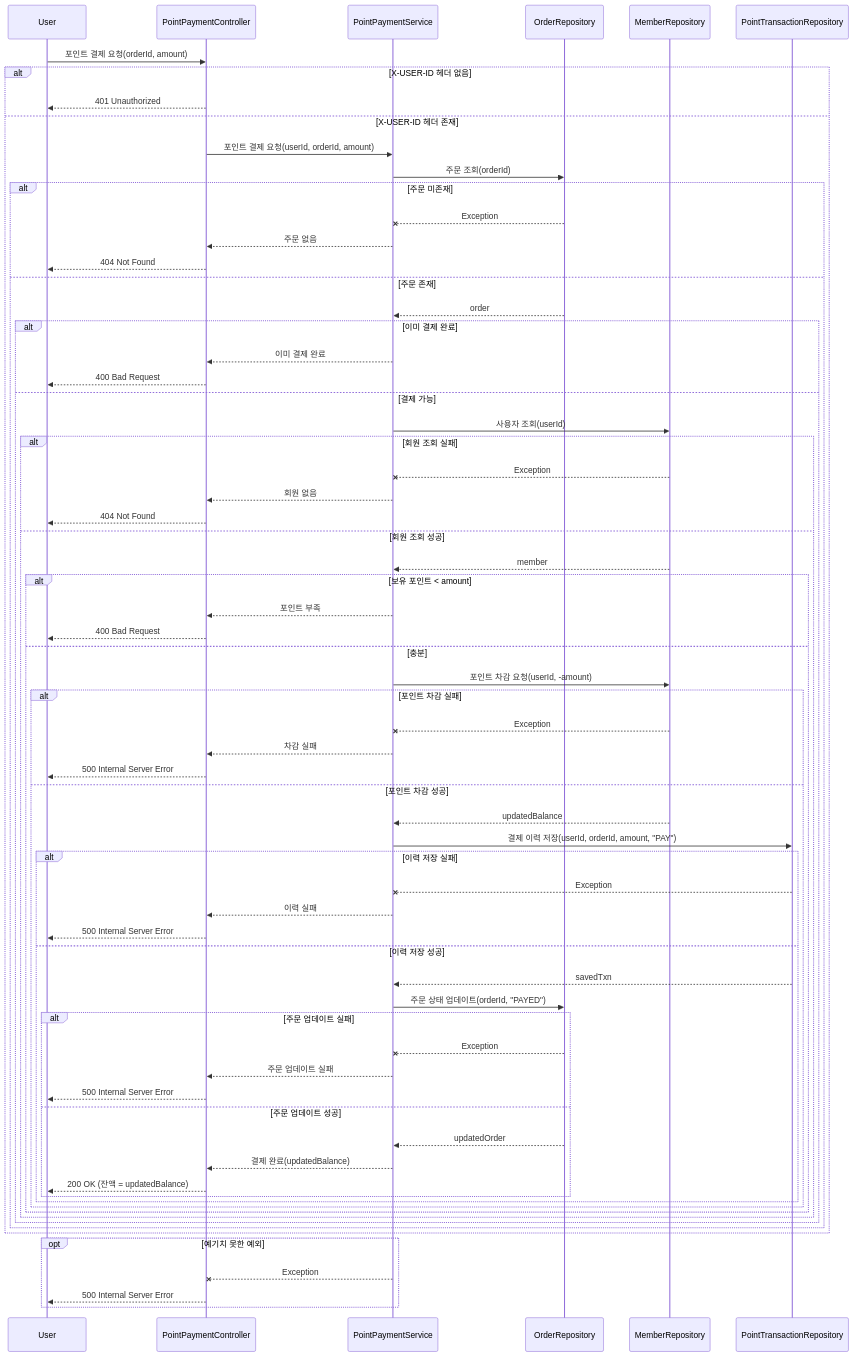
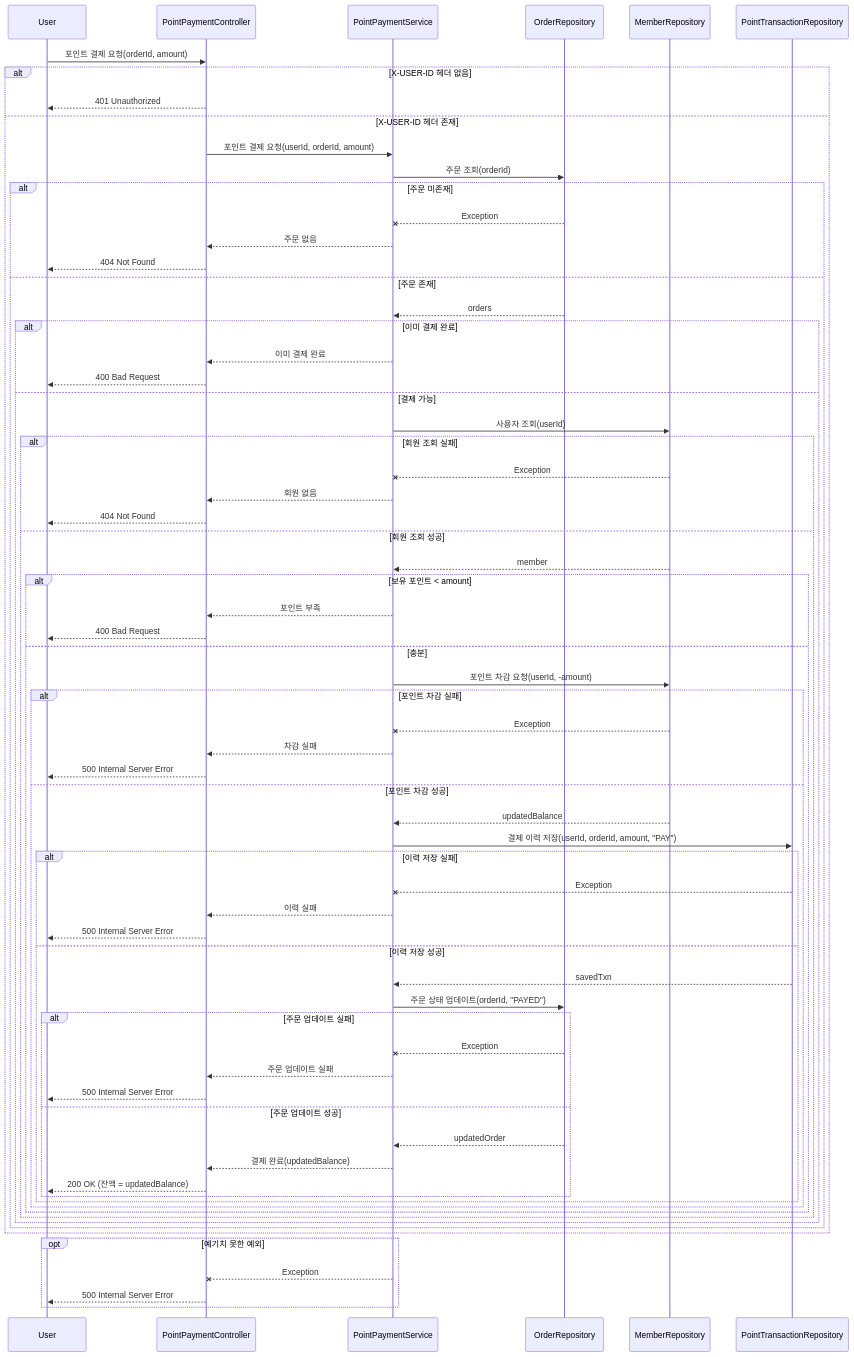
The ninth of 9 diagrams in apps/commerce-api/src/docs/design/02-sequence-diagrams.md (qkrrlgus114/loopers-java-template), drawn with Mermaid before and after one commit. The commit also changed 44 other files, not shown here.

````diff
--- a/apps/commerce-api/src/docs/design/02-sequence-diagrams.md
+++ b/apps/commerce-api/src/docs/design/02-sequence-diagrams.md
@@ -666,75 +666,75 @@
 ```mermaid
 sequenceDiagram
     participant U as User
     participant PC as PointPaymentController
     participant PS as PointPaymentService
     participant ORR as OrderRepository
     participant MR as MemberRepository
     participant PTR as PointTransactionRepository
     U ->> PC: 포인트 결제 요청(orderId, amount)
 
     alt X-USER-ID 헤더 없음
         PC -->> U: 401 Unauthorized
     else X-USER-ID 헤더 존재
         PC ->> PS: 포인트 결제 요청(userId, orderId, amount)
         PS ->> ORR: 주문 조회(orderId)
         alt 주문 미존재
             ORR --x PS: Exception
             PS -->> PC: 주문 없음
             PC -->> U: 404 Not Found
         else 주문 존재
-            ORR -->> PS: order
+            ORR -->> PS: orders
 
             alt 이미 결제 완료
                 PS -->> PC: 이미 결제 완료
                 PC -->> U: 400 Bad Request
             else 결제 가능
                 PS ->> MR: 사용자 조회(userId)
                 alt 회원 조회 실패
                     MR --x PS: Exception
                     PS -->> PC: 회원 없음
                     PC -->> U: 404 Not Found
                 else 회원 조회 성공
                     MR -->> PS: member
 
                     alt 보유 포인트 < amount
                         PS -->> PC: 포인트 부족
                         PC -->> U: 400 Bad Request
                     else 충분
                         PS ->> MR: 포인트 차감 요청(userId, -amount)
                         alt 포인트 차감 실패
                             MR --x PS: Exception
                             PS -->> PC: 차감 실패
                             PC -->> U: 500 Internal Server Error
                         else 포인트 차감 성공
                             MR -->> PS: updatedBalance
                             PS ->> PTR: 결제 이력 저장(userId, orderId, amount, "PAY")
                             alt 이력 저장 실패
                                 PTR --x PS: Exception
                                 PS -->> PC: 이력 실패
                                 PC -->> U: 500 Internal Server Error
                             else 이력 저장 성공
                                 PTR -->> PS: savedTxn
                                 PS ->> ORR: 주문 상태 업데이트(orderId, "PAYED")
                                 alt 주문 업데이트 실패
                                     ORR --x PS: Exception
                                     PS -->> PC: 주문 업데이트 실패
                                     PC -->> U: 500 Internal Server Error
                                 else 주문 업데이트 성공
                                     ORR -->> PS: updatedOrder
                                     PS -->> PC: 결제 완료(updatedBalance)
                                     PC -->> U: 200 OK (잔액 = updatedBalance)
                                 end
                             end
                         end
                     end
                 end
             end
         end
     end
 
     opt 예기치 못한 예외
         PS --x PC: Exception
         PC -->> U: 500 Internal Server Error
     end
 ```
````
